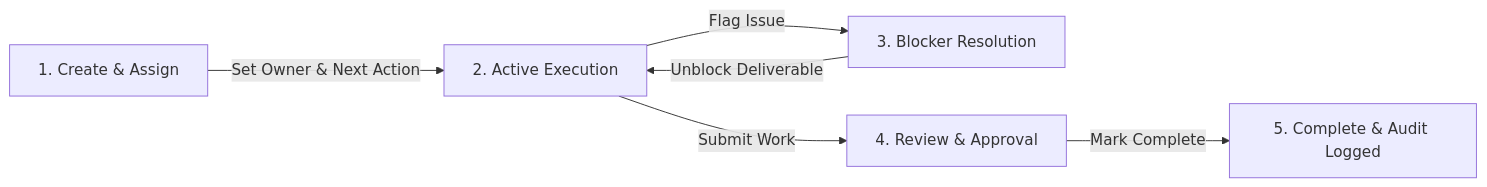
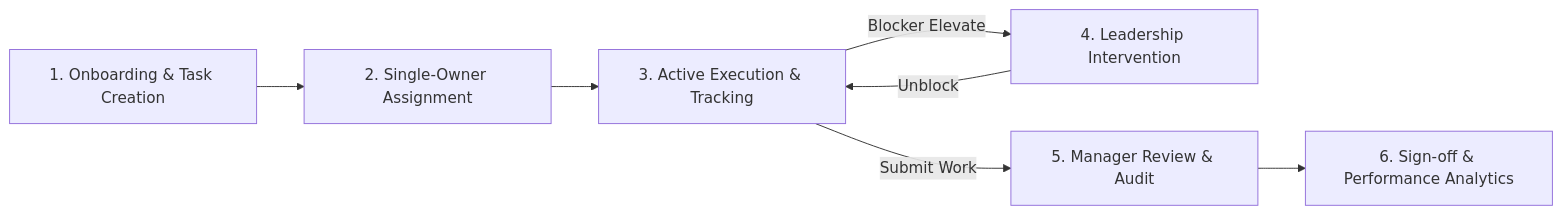
Before and after one commit to giganexusgit/GNT-Task-Ownership-System: the diagram in README.md, drawn with Mermaid. The commit also changed other lines of this file, not shown here.

````diff
--- a/README.md
+++ b/README.md
@@ -35,8 +88,9 @@
 ```mermaid
-flowchart LR
-    A["1. Create & Assign"] -->|"Set Owner & Next Action"| B["2. Active Execution"]
-    B -->|"Flag Issue"| C["3. Blocker Resolution"]
-    B -->|"Submit Work"| D["4. Review & Approval"]
-    C -->|"Unblock Deliverable"| B
-    D -->|"Mark Complete"| E["5. Complete & Audit Logged"]
+graph LR
+    A["1. Onboarding & Task Creation"] --> B["2. Single-Owner Assignment"]
+    B --> C["3. Active Execution & Tracking"]
+    C -->|"Blocker Elevate"| D["4. Leadership Intervention"]
+    D -->|"Unblock"| C
+    C -->|"Submit Work"| E["5. Manager Review & Audit"]
+    E --> F["6. Sign-off & Performance Analytics"]
 ```
````
